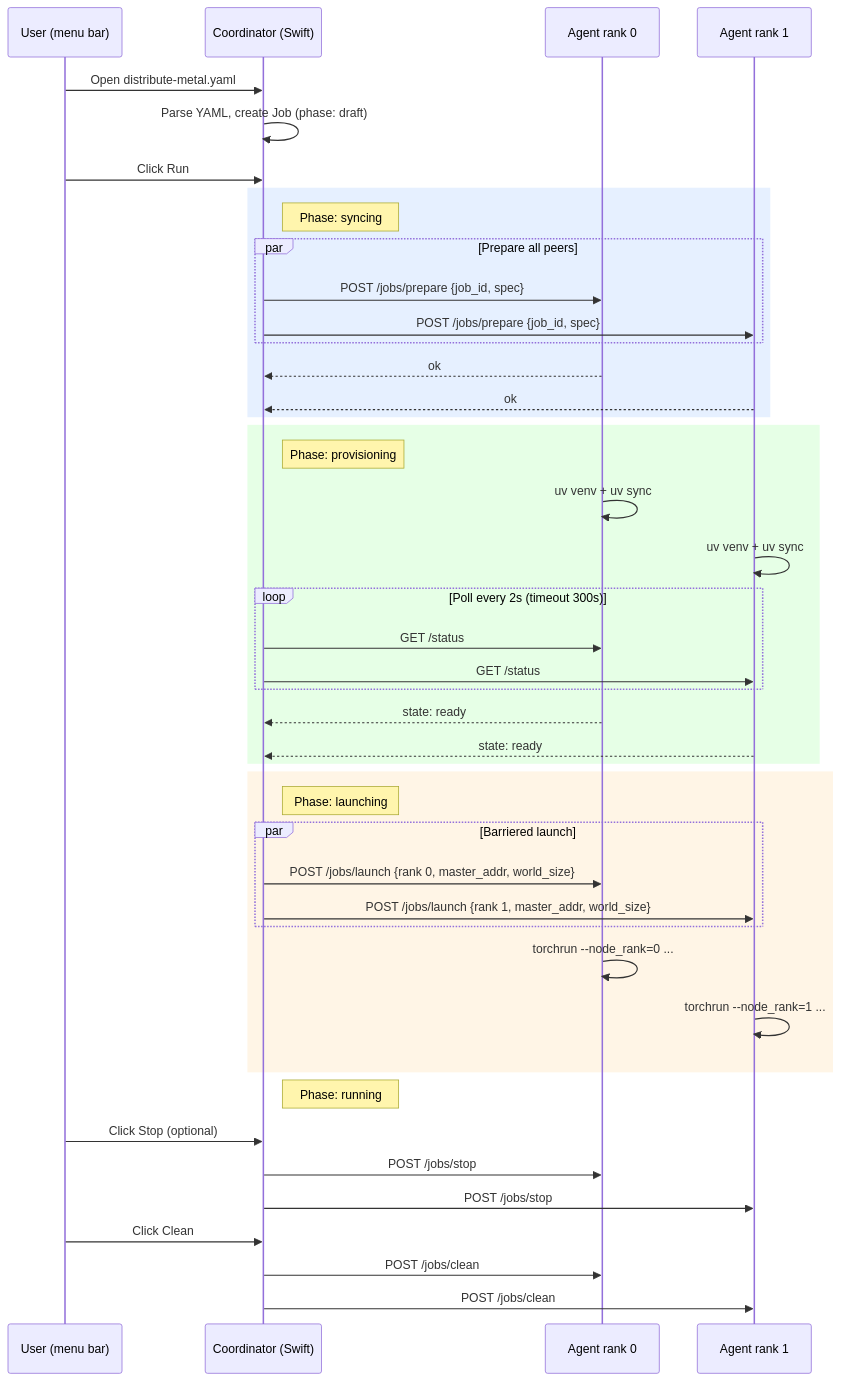
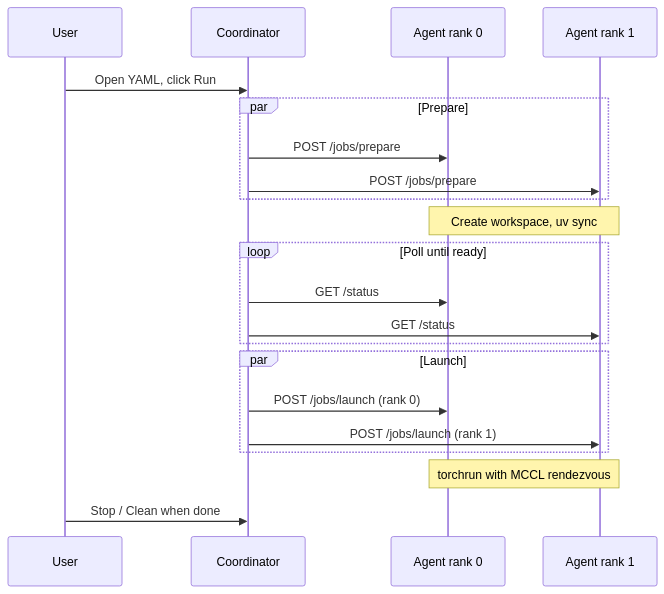
The diagram in README.md (goldberg-consulting/distribute-metal), drawn with Mermaid before and after one commit. The commit also changed other lines of this file and 4 other files, not shown here.

````diff
--- a/README.md
+++ b/README.md
@@ -119,51 +229,24 @@
 ```mermaid
 sequenceDiagram
-    participant U as User (menu bar)
-    participant C as Coordinator (Swift)
+    participant U as User
+    participant C as Coordinator
     participant A1 as Agent rank 0
     participant A2 as Agent rank 1
 
-    U->>C: Open distribute-metal.yaml
-    C->>C: Parse YAML, create Job (phase: draft)
-    U->>C: Click Run
-
-    rect rgb(230, 240, 255)
-    note right of C: Phase: syncing
-    par Prepare all peers
-        C->>A1: POST /jobs/prepare {job_id, spec}
-        C->>A2: POST /jobs/prepare {job_id, spec}
+    U->>C: Open YAML, click Run
+    par Prepare
+        C->>A1: POST /jobs/prepare
+        C->>A2: POST /jobs/prepare
     end
-    A1-->>C: ok
-    A2-->>C: ok
-    end
-
-    rect rgb(230, 255, 230)
-    note right of C: Phase: provisioning
-    A1->>A1: uv venv + uv sync
-    A2->>A2: uv venv + uv sync
-    loop Poll every 2s (timeout 300s)
+    Note over A1,A2: Create workspace, uv sync
+    loop Poll until ready
         C->>A1: GET /status
         C->>A2: GET /status
     end
-    A1-->>C: state: ready
-    A2-->>C: state: ready
+    par Launch
+        C->>A1: POST /jobs/launch (rank 0)
+        C->>A2: POST /jobs/launch (rank 1)
     end
-
-    rect rgb(255, 245, 230)
-    note right of C: Phase: launching
-    par Barriered launch
-        C->>A1: POST /jobs/launch {rank 0, master_addr, world_size}
-        C->>A2: POST /jobs/launch {rank 1, master_addr, world_size}
-    end
-    A1->>A1: torchrun --node_rank=0 ...
-    A2->>A2: torchrun --node_rank=1 ...
-    end
-
-    note right of C: Phase: running
-    U->>C: Click Stop (optional)
-    C->>A1: POST /jobs/stop
-    C->>A2: POST /jobs/stop
-    U->>C: Click Clean
-    C->>A1: POST /jobs/clean
-    C->>A2: POST /jobs/clean
+    Note over A1,A2: torchrun with MCCL rendezvous
+    U->>C: Stop / Clean when done
 ```
````
